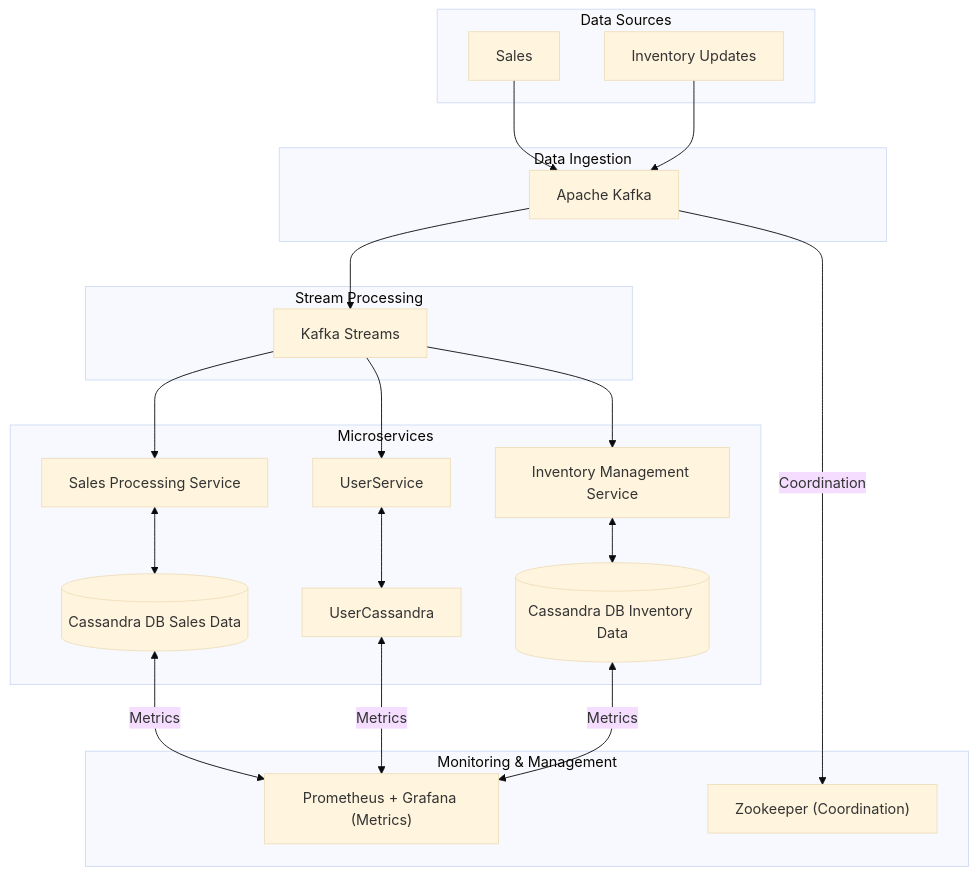
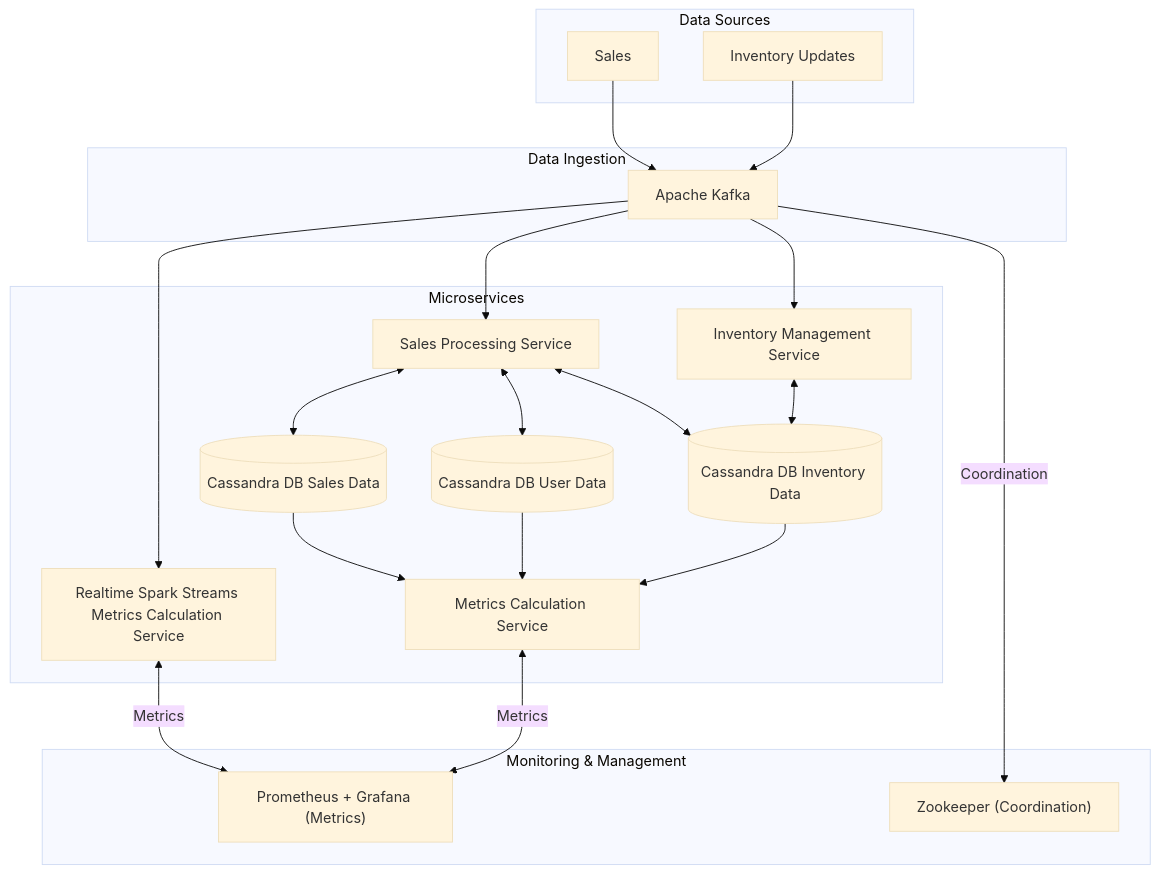
The diagram in README.md (MartaSamoilenko/e-commerce-platform), drawn with Mermaid (base theme) before and after one commit. The commit also changed 1 other file, not shown here.

````diff
--- a/README.md
+++ b/README.md
@@ -1,49 +1,54 @@
 ```mermaid
 flowchart TB
     subgraph "Data Sources"
         Transactions["Sales"]
         InventoryUpdates["Inventory Updates"]
     end
 
     subgraph "Data Ingestion"
         Kafka["Apache Kafka"]
 
         Transactions --> Kafka
         InventoryUpdates --> Kafka
         
     end
 
-    subgraph "Stream Processing"
-        KafkaStreams["Kafka Streams"]
-       
-        Kafka --> KafkaStreams
-    end
 
     subgraph "Microservices"
         SalesService["Sales Processing Service"]
         InventoryService["Inventory Management Service"]
+        StreamsService["Realtime Spark Streams Metrics Calculation Service"]
         
         SalesCassandra[(Cassandra DB Sales Data)]
         InventoryCassandra[(Cassandra DB Inventory Data)]
+        UserCassandra[(Cassandra DB User Data)]
         
-        UserService <--> UserCassandra
         SalesService <--> SalesCassandra
+        SalesService <--> UserCassandra
+        SalesService <--> InventoryCassandra
+        
+
         InventoryService <--> InventoryCassandra
         
-        KafkaStreams --> UserService
-        KafkaStreams --> SalesService
-        KafkaStreams --> InventoryService
+        Kafka --> StreamsService
+        Kafka --> SalesService
+        Kafka --> InventoryService
+
+        ExporterService["Metrics Calculation Service"]
+
+        SalesCassandra --> ExporterService
+        InventoryCassandra --> ExporterService
+        UserCassandra --> ExporterService
       
     end
     
     subgraph "Monitoring & Management"
         Prometheus["Prometheus + Grafana (Metrics)"]
         Zookeeper["Zookeeper (Coordination)"]
         
         Kafka -- "Coordination" --> Zookeeper
         
-        SalesCassandra <-- "Metrics" --> Prometheus
-        UserCassandra <-- "Metrics" --> Prometheus
-        InventoryCassandra <-- "Metrics" --> Prometheus
+        ExporterService <-- "Metrics" --> Prometheus
+        StreamsService <-- "Metrics" --> Prometheus
     end
 ```
````
